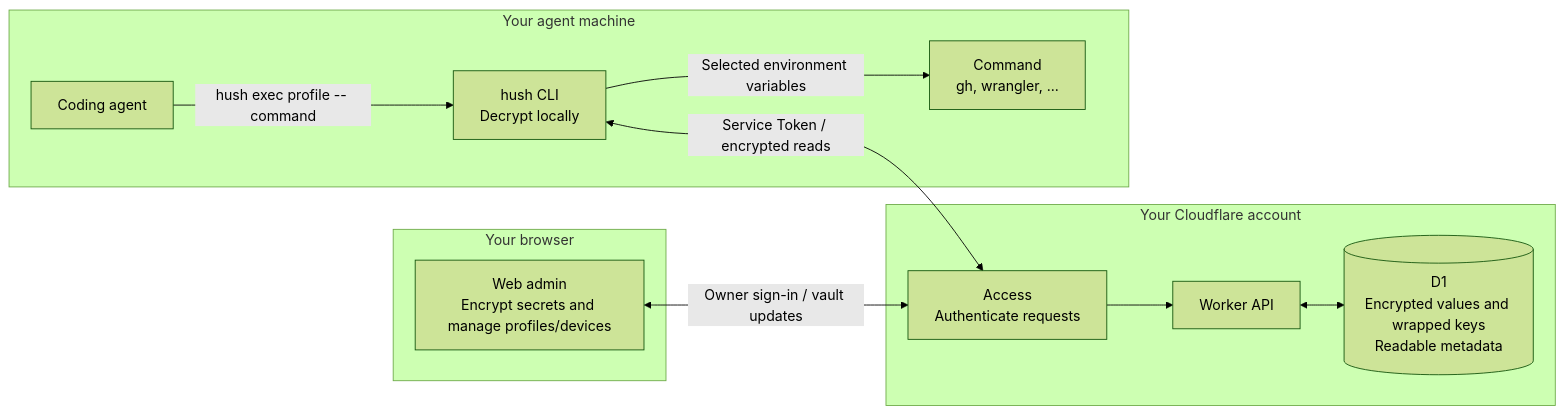
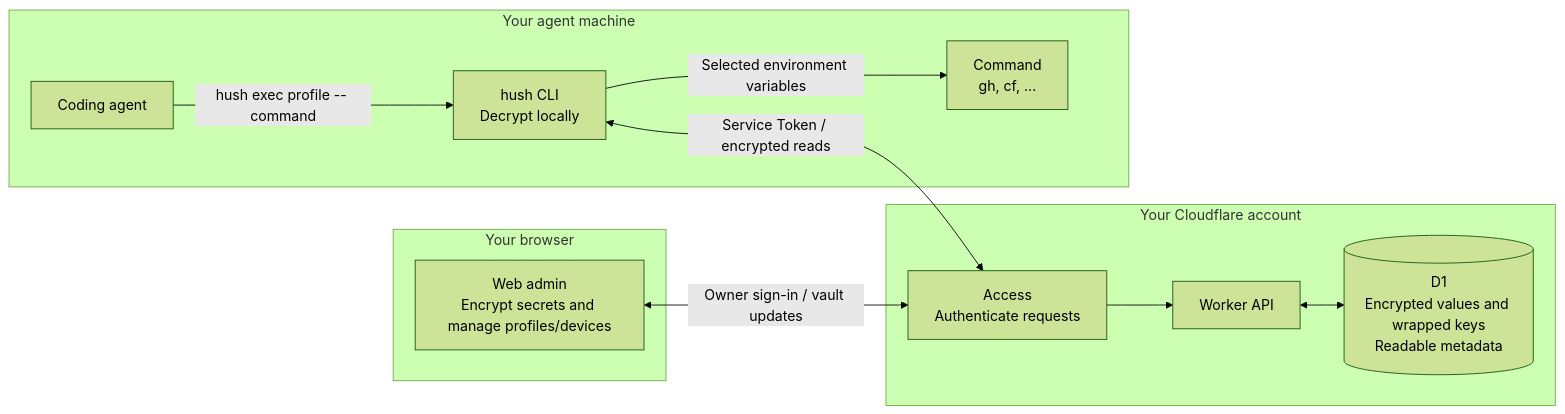
Before and after one commit to txchen/hush: the diagram in README.md, drawn with Mermaid (forest theme). The commit also changed other lines of this file and 17 other files, not shown here.

````diff
--- a/README.md
+++ b/README.md
@@ -16,25 +16,25 @@
 ```mermaid
 flowchart LR
     subgraph browser["Your browser"]
         Web["Web admin<br/>Encrypt secrets and manage profiles/devices"]
     end
 
     subgraph cloud["Your Cloudflare account"]
         Access["Access<br/>Authenticate requests"]
         API["Worker API"]
         DB[("D1<br/>Encrypted values and wrapped keys<br/>Readable metadata")]
         Access --> API
         API <--> DB
     end
 
     subgraph machine["Your agent machine"]
         Agent["Coding agent"]
         CLI["hush CLI<br/>Decrypt locally"]
-        Command["Command<br/>gh, wrangler, ..."]
+        Command["Command<br/>gh, cf, ..."]
         Agent -->|"hush exec profile -- command"| CLI
         CLI -->|"Selected environment variables"| Command
     end
 
     Web <-->|"Owner sign-in / vault updates"| Access
     CLI <-->|"Service Token / encrypted reads"| Access
 ```
````
